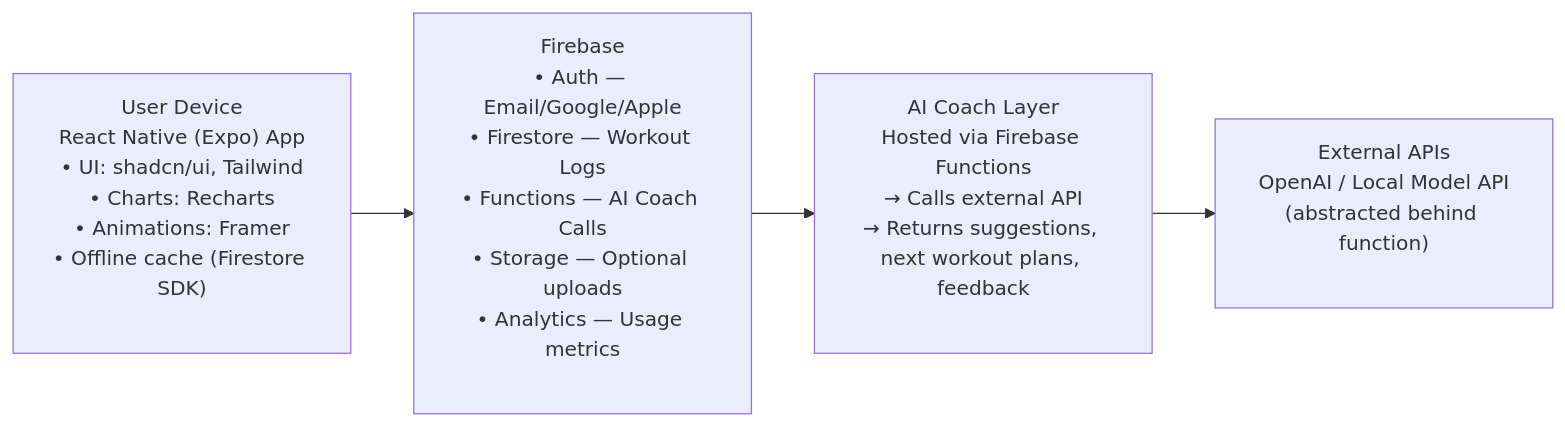
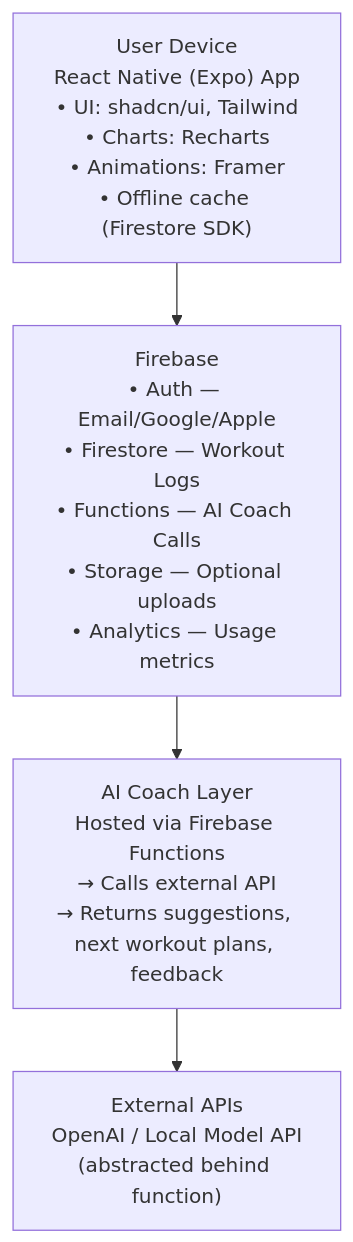
One commit to kjeehwan/lastrep changed the diagram in docs/architecture.md. Above: the diagram before and after it, drawn with Mermaid.

Commit message:
Update docs: refined architecture with mermaid diagram

````diff
--- a/docs/architecture.md
+++ b/docs/architecture.md
@@ -51,9 +51,9 @@
 ```mermaid
-flowchart LR
-    A["User Device<br/>React Native (Expo) App<br/>• UI: shadcn/ui, Tailwind<br/>• Charts: Recharts<br/>• Animations: Framer<br/>• Offline cache (Firestore SDK)<br/><span style='opacity:0'>__________________________</span>"]
-    B["Firebase<br/>• Auth — Email/Google/Apple<br/>• Firestore — Workout Logs<br/>• Functions — AI Coach Calls<br/>• Storage — Optional uploads<br/>• Analytics — Usage metrics<br/><span style='opacity:0'>__________________________</span>"]
-    C["AI Coach Layer<br/>Hosted via Firebase Functions<br/>→ Calls external API<br/>→ Returns suggestions, next workout plans, feedback<br/><span style='opacity:0'>__________________________</span>"]
-    D["External APIs<br/>OpenAI / Local Model API<br/>(abstracted behind function)<br/><span style='opacity:0'>__________________________</span>"]
+flowchart TD
+    A["User Device<br/>React Native (Expo) App<br/>• UI: shadcn/ui, Tailwind<br/>• Charts: Recharts<br/>• Animations: Framer<br/>• Offline cache (Firestore SDK)"]
+    B["Firebase<br/>• Auth — Email/Google/Apple<br/>• Firestore — Workout Logs<br/>• Functions — AI Coach Calls<br/>• Storage — Optional uploads<br/>• Analytics — Usage metrics"]
+    C["AI Coach Layer<br/>Hosted via Firebase Functions<br/>→ Calls external API<br/>→ Returns suggestions, next workout plans, feedback"]
+    D["External APIs<br/>OpenAI / Local Model API<br/>(abstracted behind function)"]
 
     A --> B --> C --> D
 ```
````
